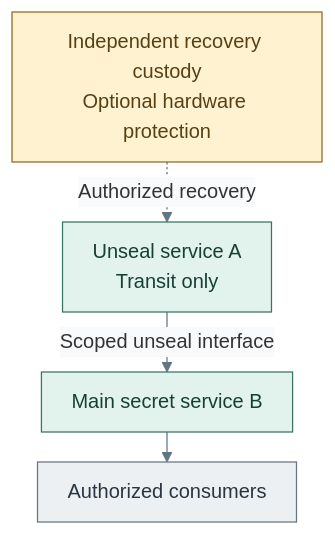
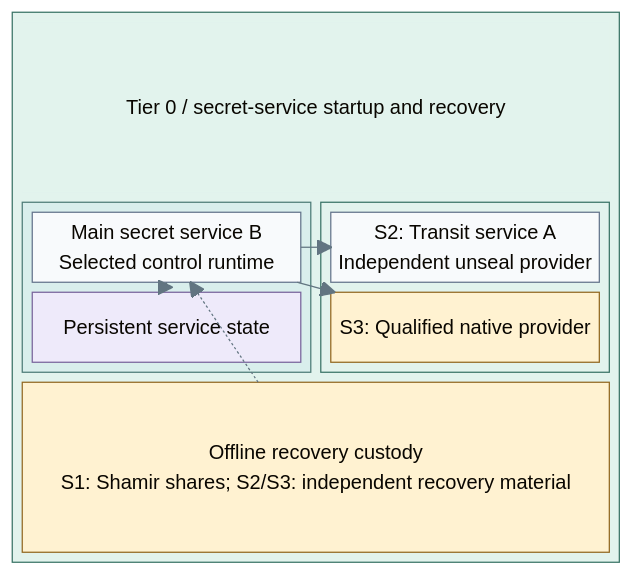
One commit to Rexus/homelab changed the diagram in docs/architecture/cryptography/vault-seal.md. Above: the diagram before and after it, drawn with Mermaid. The commit also changed other lines of this file and 22 other files, not shown here.

Commit message:
docs(diagrams): clarify tier boundaries and deployment layouts

````diff
--- a/docs/architecture/cryptography/vault-seal.md
+++ b/docs/architecture/cryptography/vault-seal.md
@@ -42,14 +49,35 @@
 ```mermaid
 %%{init: {"theme":"base","flowchart":{"nodeSpacing":20,"rankSpacing":24,"padding":12,"subGraphTitleMargin":{"top":4,"bottom":12}},"themeVariables":{"lineColor":"#627581","edgeLabelBackground":"#f8fafc"}}}%%
-flowchart TB
-  Custody["Independent recovery custody<br/>Optional hardware protection"] -. "Authorized recovery" .-> A["Unseal service A<br/>Transit only"]
-  A -->|Scoped unseal interface| B["Main secret service B"]
-  B --> Consumers["Authorized consumers"]
+block-beta
+  columns 1
+  block:T0
+    columns 2
+    T0Title["Tier 0 / secret-service startup and recovery"]:2
+    block:Runtime
+      columns 1
+      B["Main secret service B<br/>Selected control runtime"]
+      Data["Persistent service state"]
+    end
+    block:Provider
+      columns 1
+      A["S2: Transit service A<br/>Independent unseal provider"]
+      Hardware["S3: Qualified native provider"]
+    end
+    Custody["Offline recovery custody<br/>S1: Shamir shares; S2/S3: independent recovery material"]:2
+  end
+  B --> Data
+  B --> A
+  B --> Hardware
+  Custody -.-> B
   classDef default fill:#f8fafc,stroke:#64748b,color:#1f2937
+  classDef control fill:#e2f3ed,stroke:#397366,color:#173f36
+  classDef controlHeading fill:#e2f3ed,stroke:#e2f3ed,color:#173f36
+  classDef runtime fill:#d9eeec,stroke:#4d7b77,color:#173f3e
+  classDef data fill:#eeeafa,stroke:#78639b,color:#42325d
   classDef custody fill:#fff2d1,stroke:#926820,color:#584013
-  classDef control fill:#e2f3ed,stroke:#397366,color:#173f36
-  classDef actor fill:#edf0f3,stroke:#697682,color:#293642
-  class Custody custody
-  class A,B control
-  class Consumers actor
+  class T0,Provider control
+  class T0Title controlHeading
+  class Runtime runtime
+  class Data data
+  class Custody,Hardware custody
 ```
````
